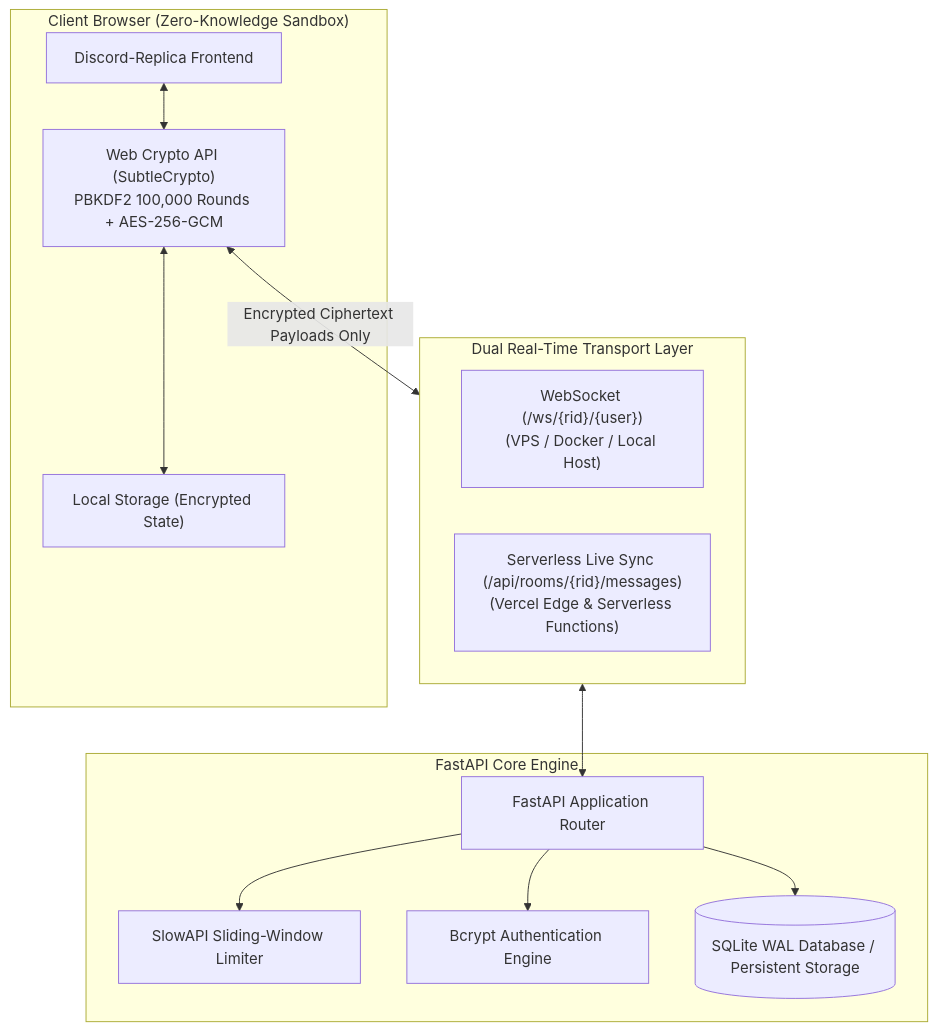
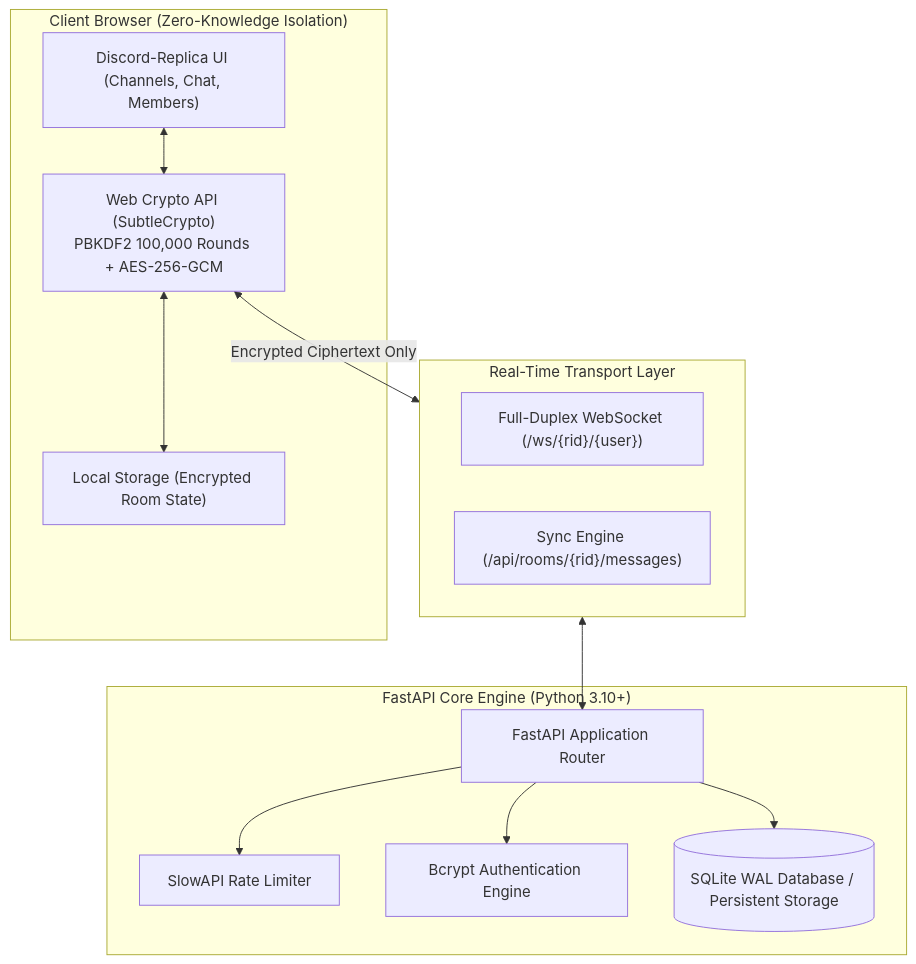
The diagram in README.md (Coderaryanyadav/SecureChat), drawn with Mermaid before and after one commit. The commit also changed other lines of this file, not shown here.

````diff
--- a/README.md
+++ b/README.md
@@ -66,28 +75,28 @@
 ```mermaid
 flowchart TD
-    subgraph Client ["Client Browser (Zero-Knowledge Sandbox)"]
-        UI["Discord-Replica Frontend"]
+    subgraph Client ["Client Browser (Zero-Knowledge Isolation)"]
+        UI["Discord-Replica UI (Channels, Chat, Members)"]
         Crypto["Web Crypto API (SubtleCrypto)<br/>PBKDF2 100,000 Rounds + AES-256-GCM"]
-        Storage["Local Storage (Encrypted State)"]
+        Storage["Local Storage (Encrypted Room State)"]
         UI <--> Crypto
         Crypto <--> Storage
     end
 
-    subgraph Transport ["Dual Real-Time Transport Layer"]
-        WS["WebSocket (/ws/{rid}/{user})<br/>(VPS / Docker / Local Host)"]
-        HTTP["Serverless Live Sync (/api/rooms/{rid}/messages)<br/>(Vercel Edge & Serverless Functions)"]
+    subgraph Transport ["Real-Time Transport Layer"]
+        WS["Full-Duplex WebSocket (/ws/{rid}/{user})"]
+        HTTP["Sync Engine (/api/rooms/{rid}/messages)"]
     end
 
-    subgraph Backend ["FastAPI Core Engine"]
+    subgraph Backend ["FastAPI Core Engine (Python 3.10+)"]
         Router["FastAPI Application Router"]
-        Limiter["SlowAPI Sliding-Window Limiter"]
+        Limiter["SlowAPI Rate Limiter"]
         AuthModule["Bcrypt Authentication Engine"]
         DB[("SQLite WAL Database / Persistent Storage")]
     end
 
-    Crypto <-->|"Encrypted Ciphertext Payloads Only"| Transport
+    Crypto <-->|"Encrypted Ciphertext Only"| Transport
     Transport <--> Router
     Router --> Limiter
     Router --> AuthModule
     Router --> DB
 ```
````
